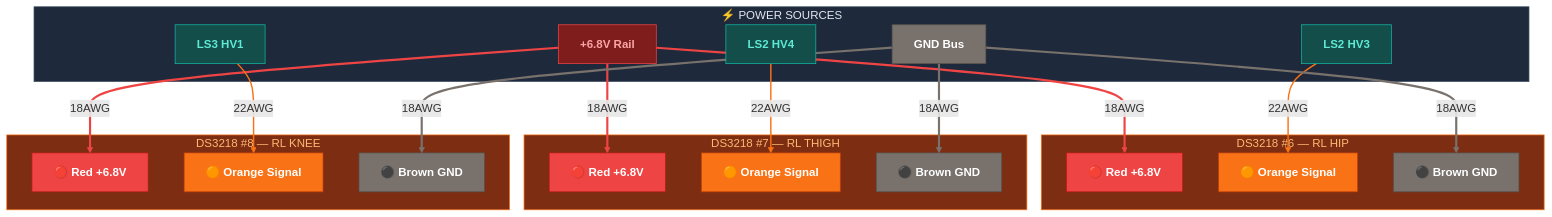
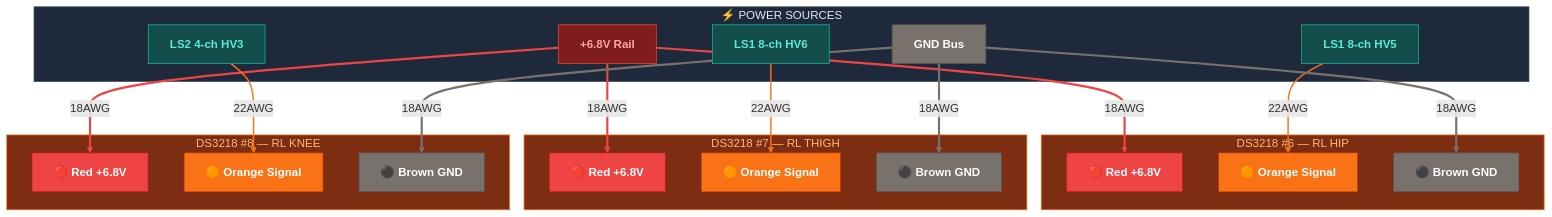
Before and after one commit to Major-Project-001/VIGIL-RQ: the fourth of 5 diagrams in control/docs/wiring_servo_power.md, drawn with Mermaid. The commit also changed other lines of this file and 3 other files, not shown here.

````diff
--- a/control/docs/wiring_servo_power.md
+++ b/control/docs/wiring_servo_power.md
@@ -167,53 +167,53 @@
 ```mermaid
 graph TD
     classDef red fill:#ef4444,stroke:#b91c1c,color:#fff,font-weight:bold
     classDef orange fill:#f97316,stroke:#c2410c,color:#fff,font-weight:bold
     classDef brown fill:#78716c,stroke:#57534e,color:#fff,font-weight:bold
     classDef rail fill:#7f1d1d,stroke:#ef4444,color:#fca5a5,font-weight:bold
     classDef ls fill:#134e4a,stroke:#14b8a6,color:#5eead4,font-weight:bold
 
     subgraph SOURCES_RL["⚡ POWER SOURCES"]
         RP3["+6.8V Rail"]:::rail
         RG3["GND Bus"]:::brown
-        LS2_HV3["LS2 HV3"]:::ls
-        LS2_HV4["LS2 HV4"]:::ls
-        LS3_HV1["LS3 HV1"]:::ls
+        LS1_HV5["LS1 8-ch HV5"]:::ls
+        LS1_HV6["LS1 8-ch HV6"]:::ls
+        LS2_HV3["LS2 4-ch HV3"]:::ls
     end
 
     subgraph S6["DS3218 #6 — RL HIP"]
         S6_R["🔴 Red +6.8V"]:::red
         S6_O["🟠 Orange Signal"]:::orange
         S6_B["⚫ Brown GND"]:::brown
     end
 
     subgraph S7["DS3218 #7 — RL THIGH"]
         S7_R["🔴 Red +6.8V"]:::red
         S7_O["🟠 Orange Signal"]:::orange
         S7_B["⚫ Brown GND"]:::brown
     end
 
     subgraph S8["DS3218 #8 — RL KNEE"]
         S8_R["🔴 Red +6.8V"]:::red
         S8_O["🟠 Orange Signal"]:::orange
         S8_B["⚫ Brown GND"]:::brown
     end
 
     RP3 ==>|"18AWG"| S6_R
     RP3 ==>|"18AWG"| S7_R
     RP3 ==>|"18AWG"| S8_R
-    LS2_HV3 -->|"22AWG"| S6_O
-    LS2_HV4 -->|"22AWG"| S7_O
-    LS3_HV1 -->|"22AWG"| S8_O
+    LS1_HV5 -->|"22AWG"| S6_O
+    LS1_HV6 -->|"22AWG"| S7_O
+    LS2_HV3 -->|"22AWG"| S8_O
     RG3 ==>|"18AWG"| S6_B
     RG3 ==>|"18AWG"| S7_B
     RG3 ==>|"18AWG"| S8_B
 
     linkStyle 0,1,2 stroke:#ef4444,stroke-width:3px
     linkStyle 3,4,5 stroke:#f97316,stroke-width:2px
     linkStyle 6,7,8 stroke:#78716c,stroke-width:3px
 
     style SOURCES_RL fill:#1e293b,stroke:#475569,color:#e2e8f0
     style S6 fill:#7c2d12,stroke:#f97316,color:#fdba74
     style S7 fill:#7c2d12,stroke:#f97316,color:#fdba74
     style S8 fill:#7c2d12,stroke:#f97316,color:#fdba74
 ```
````
